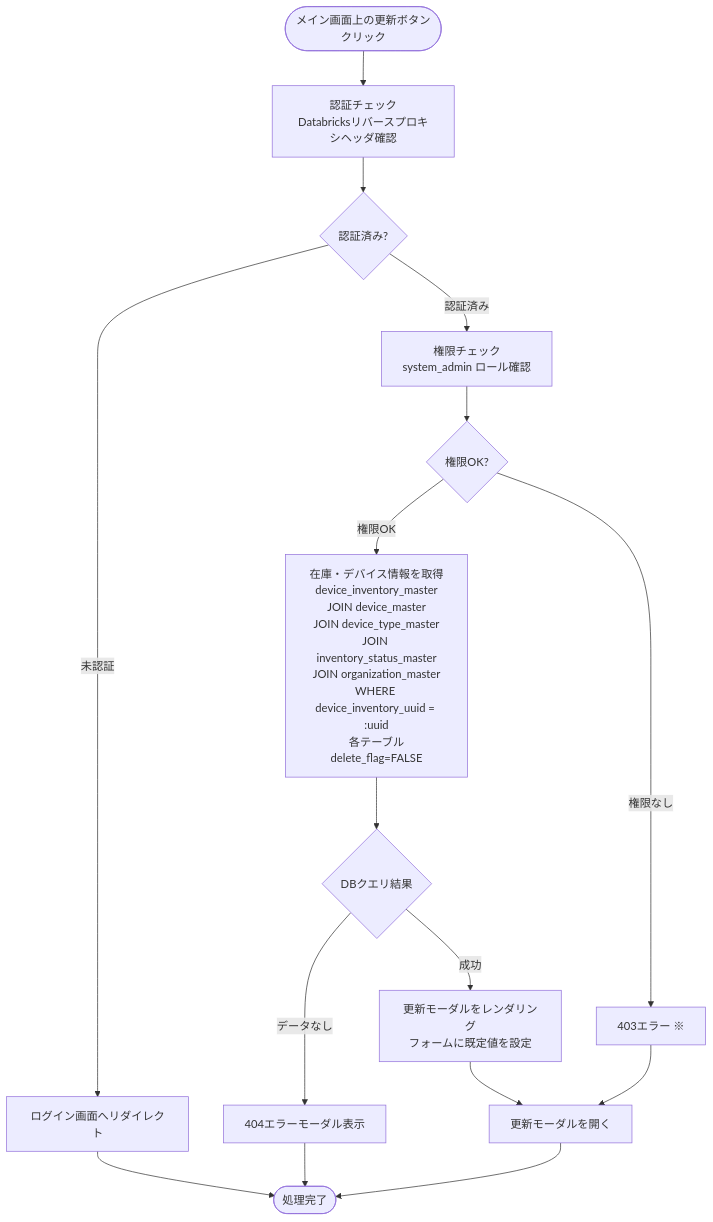
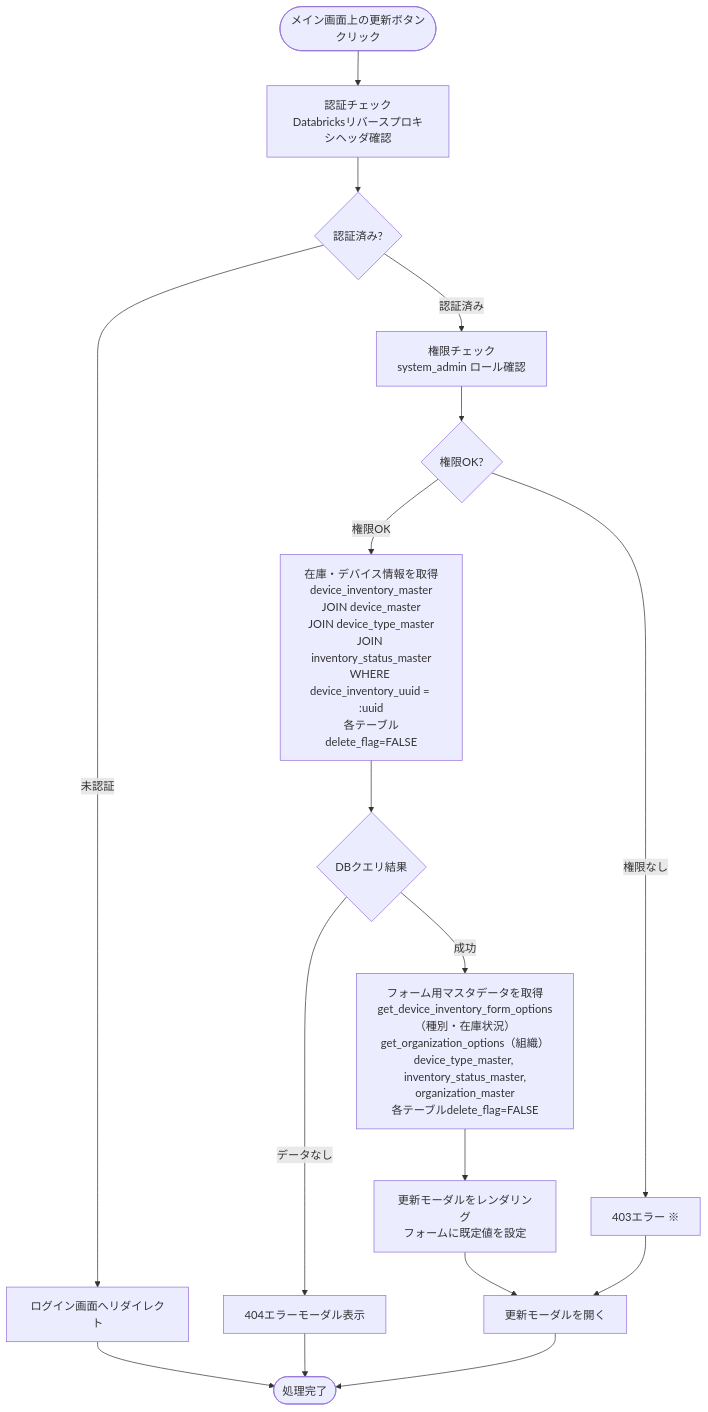
One commit to NSW-SVCP-AIWG002/Databricks-IoT changed the fifth of 9 diagrams in docs/03-features/flask-app/device-inventory/workflow-specification.md. Above: the diagram before and after it, drawn with Mermaid. The commit also changed other lines of this file and 3 other files, not shown here.

````diff
--- a/docs/03-features/flask-app/device-inventory/workflow-specification.md
+++ b/docs/03-features/flask-app/device-inventory/workflow-specification.md
@@ -797,24 +867,25 @@
 ```mermaid
 flowchart TD
     Start([メイン画面上の更新ボタン<br>クリック]) --> Auth[認証チェック<br>Databricksリバースプロキシヘッダ確認]
     Auth --> CheckAuth{認証済み?}
     CheckAuth -->|未認証| Error401[ログイン画面へリダイレクト]
     Error401 --> End([処理完了])
 
     CheckAuth -->|認証済み| Permission[権限チェック<br>system_admin ロール確認]
     Permission --> CheckPerm{権限OK?}
 
-    CheckPerm -->|権限OK| Query[在庫・デバイス情報を取得<br>device_inventory_master<br>JOIN device_master<br>JOIN device_type_master<br>JOIN inventory_status_master<br>JOIN organization_master<br>WHERE device_inventory_uuid = :uuid<br>各テーブルdelete_flag=FALSE]
+    CheckPerm -->|権限OK| Query[在庫・デバイス情報を取得<br>device_inventory_master<br>JOIN device_master<br>JOIN device_type_master<br>JOIN inventory_status_master<br>WHERE device_inventory_uuid = :uuid<br>各テーブルdelete_flag=FALSE]
     Query --> CheckDB{DBクエリ結果}
 
     CheckDB -->|データなし| Error404[404エラーモーダル表示]
     Error404 --> End
 
-    CheckDB -->|成功| Template[更新モーダルをレンダリング<br>フォームに既定値を設定]
+    CheckDB -->|成功| LoadMaster[フォーム用マスタデータを取得<br>get_device_inventory_form_options（種別・在庫状況）<br>get_organization_options（組織）<br>device_type_master, inventory_status_master,<br>organization_master<br>各テーブルdelete_flag=FALSE]
+    LoadMaster --> Template[更新モーダルをレンダリング<br>フォームに既定値を設定]
     Template --> OpenModal[更新モーダルを開く]
 
     CheckPerm -->|権限なし| Error403[403エラー ※]
     Error403 --> OpenModal
 
     OpenModal --> End
 ```
````
